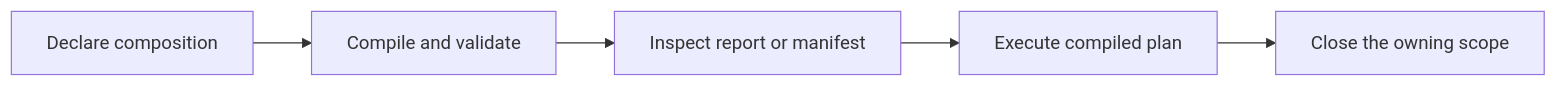
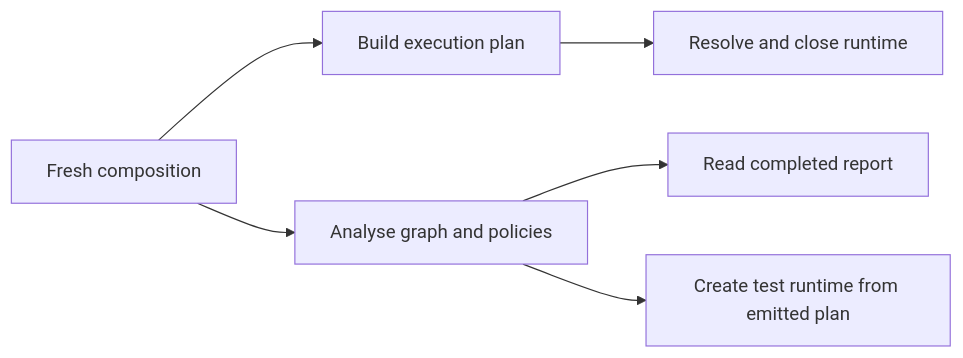
Before and after one commit to peter-daly/clean_ioc: the diagram in docs/why-clean-ioc.md, drawn with Mermaid. The commit also changed other lines of this file and 983 other files, not shown here.

Commit message:
feat: separate execution builds from complete graph analysis

````diff
--- a/docs/why-clean-ioc.md
+++ b/docs/why-clean-ioc.md
@@ -64,9 +64,6 @@
 ```mermaid
 flowchart LR
-    declare["Declare composition"]
-    compile["Compile and validate"]
-    inspect["Inspect report or manifest"]
-    resolve["Execute compiled plan"]
-    cleanup["Close the owning scope"]
-    declare --> compile --> inspect --> resolve --> cleanup
+    declare["Fresh composition"] --> build["Build execution plan"] --> resolve["Resolve and close runtime"]
+    declare --> analyse["Analyse graph and policies"] --> report["Read completed report"]
+    analyse --> test["Create test runtime from emitted plan"]
 ```
````
